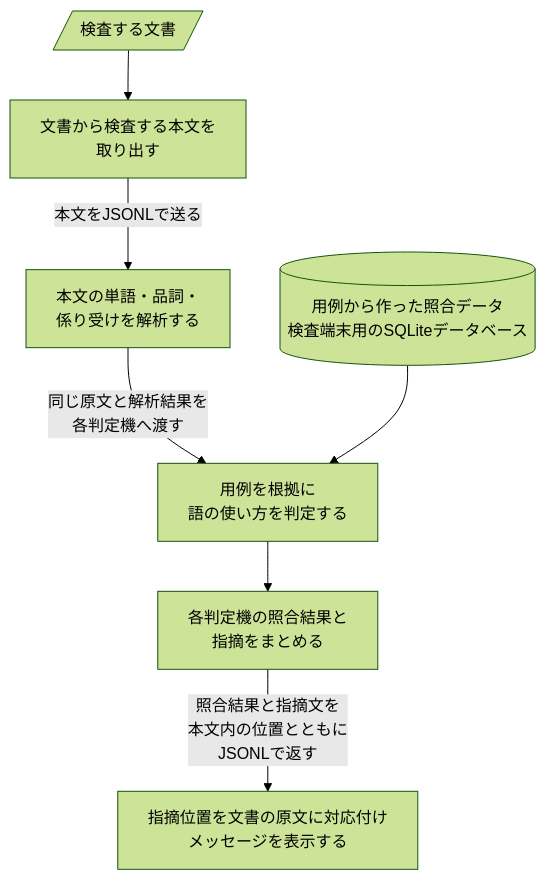
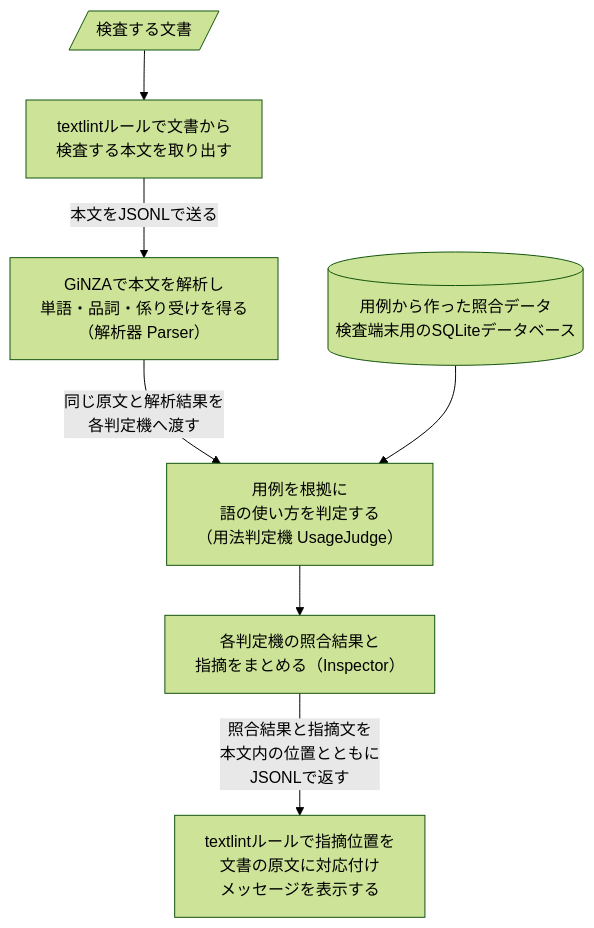
The first of 2 diagrams in docs/design/architecture.md (karin0624/use-native-japanese), drawn with Mermaid (forest theme) before and after one commit. The commit also changed other lines of this file and 1 other file, not shown here.

Commit message:
必要な情報を保持する記述規則に改め図へ技術名と役割を明記する

````diff
--- a/docs/design/architecture.md
+++ b/docs/design/architecture.md
@@ -22,14 +22,14 @@
 ```mermaid
 ---
 config:
     flowchart:
         wrappingWidth: 320
 ---
 flowchart TB
-    document[/検査する文書/] --> extract["文書から検査する本文を<br/>取り出す"]
-    extract -->|本文をJSONLで送る| parser["本文の単語・品詞・<br/>係り受けを解析する"]
-    parser -->|同じ原文と解析結果を<br/>各判定機へ渡す| judges["用例を根拠に<br/>語の使い方を判定する"]
+    document[/検査する文書/] --> extract["textlintルールで文書から<br/>検査する本文を取り出す"]
+    extract -->|本文をJSONLで送る| parser["GiNZAで本文を解析し<br/>単語・品詞・係り受けを得る<br/>（解析器 Parser）"]
+    parser -->|同じ原文と解析結果を<br/>各判定機へ渡す| judges["用例を根拠に<br/>語の使い方を判定する<br/>（用法判定機 UsageJudge）"]
     reference[("用例から作った照合データ<br/>検査端末用のSQLiteデータベース")] --> judges
-    judges --> aggregate["各判定機の照合結果と<br/>指摘をまとめる"]
-    aggregate -->|照合結果と指摘文を<br/>本文内の位置とともに<br/>JSONLで返す| report["指摘位置を文書の原文に対応付け<br/>メッセージを表示する"]
+    judges --> aggregate["各判定機の照合結果と<br/>指摘をまとめる（Inspector）"]
+    aggregate -->|照合結果と指摘文を<br/>本文内の位置とともに<br/>JSONLで返す| report["textlintルールで指摘位置を<br/>文書の原文に対応付け<br/>メッセージを表示する"]
 ```
````
